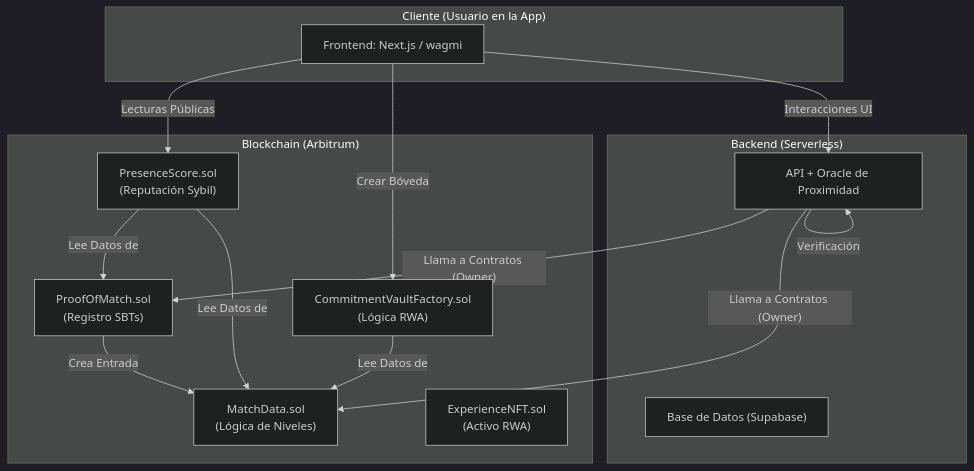
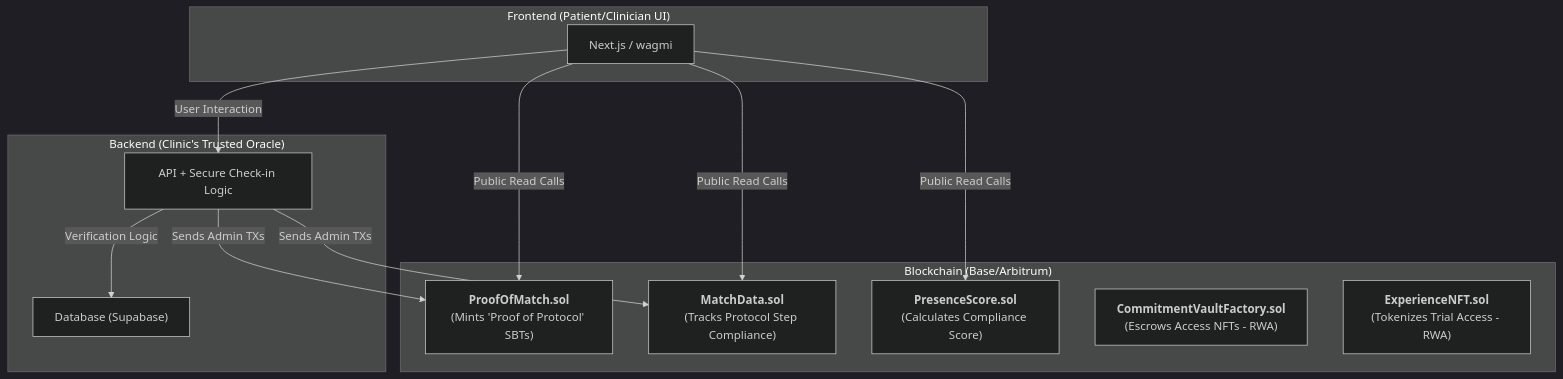
Before and after one commit to edsphinx/sunny-app: the second of 2 diagrams in README.md, drawn with Mermaid (dark theme). The commit also changed other lines of this file, not shown here.

````diff
--- a/README.md
+++ b/README.md
@@ -84,34 +63,27 @@
 ```mermaid
-
-
 graph TD
-    subgraph "Cliente (Usuario en la App)"
-        A["Frontend: Next.js / wagmi"]
+    subgraph "Frontend (Patient/Clinician UI)"
+        A["Next.js / wagmi"]
     end
 
-    subgraph "Backend (Serverless)"
-        B["API + Oracle de Proximidad"]
-        C["Base de Datos (Supabase)"]
+    subgraph "Backend (Clinic's Trusted Oracle)"
+        B["API + Secure Check-in Logic"]
+        C["Database (Supabase)"]
     end
 
-    subgraph "Blockchain (Arbitrum)"
-        D["ProofOfMatch.sol<br>(Registro SBTs)"]
-        E["MatchData.sol<br>(Lógica de Niveles)"]
-        F["PresenceScore.sol<br>(Reputación Sybil)"]
-        G["CommitmentVaultFactory.sol<br>(Lógica RWA)"]
-        H["ExperienceNFT.sol<br>(Activo RWA)"]
+    subgraph "Blockchain (Base/Arbitrum)"
+        D["<b>ProofOfMatch.sol</b><br>(Mints 'Proof of Protocol' SBTs)"]
+        E["<b>MatchData.sol</b><br>(Tracks Protocol Step Compliance)"]
+        F["<b>PresenceScore.sol</b><br>(Calculates Compliance Score)"]
+        G["<b>CommitmentVaultFactory.sol</b><br>(Escrows Access NFTs - RWA)"]
+        H["<b>ExperienceNFT.sol</b><br>(Tokenizes Trial Access - RWA)"]
     end
 
-    A -- "Interacciones UI" --> B;
-    B -- "Verificación" --> B;
-    B -- "Llama a Contratos (Owner)" --> D;
-    B -- "Llama a Contratos (Owner)" --> E;
-    A -- "Lecturas Públicas" --> F;
-    A -- "Crear Bóveda" --> G;
-    D -- "Crea Entrada" --> E;
-    F -- "Lee Datos de" --> D;
-    F -- "Lee Datos de" --> E;
-    G -- "Lee Datos de" --> E;
-
-
+    A -- "User Interaction" --> B;
+    B -- "Verification Logic" --> C;
+    B -- "Sends Admin TXs" --> D;
+    B -- "Sends Admin TXs" --> E;
+    A -- "Public Read Calls" --> D;
+    A -- "Public Read Calls" --> E;
+    A -- "Public Read Calls" --> F;
 ```
````
